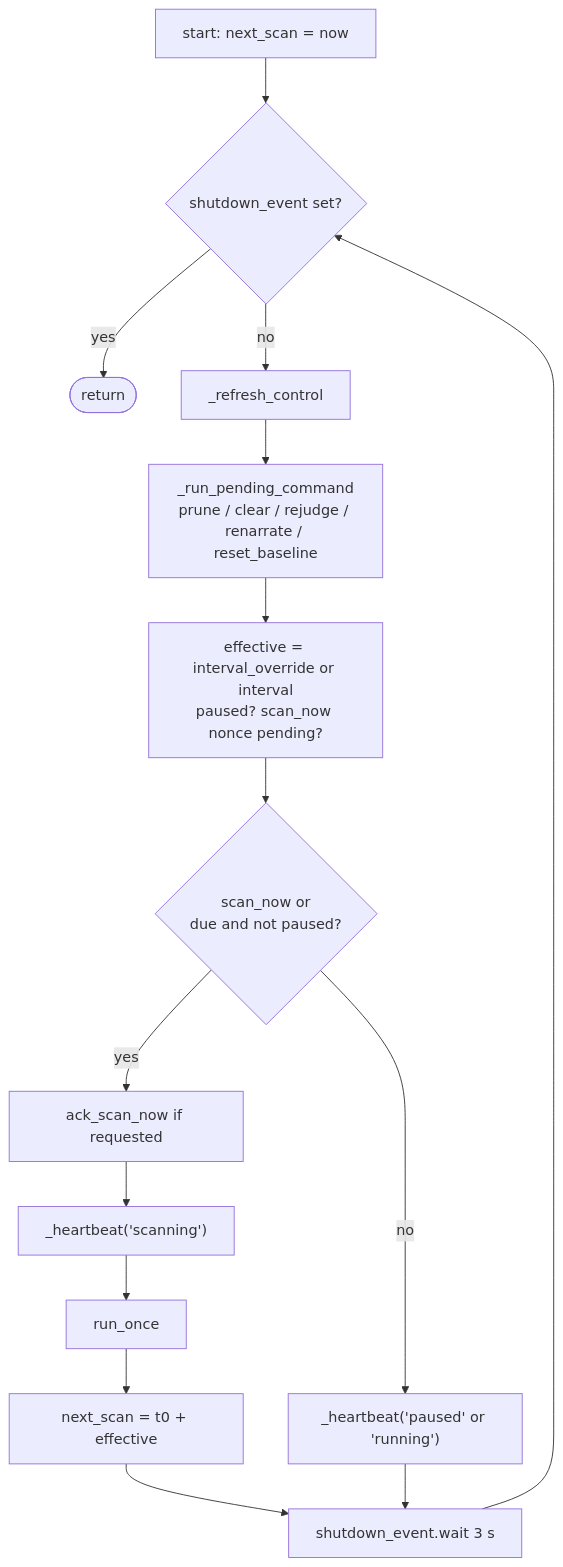
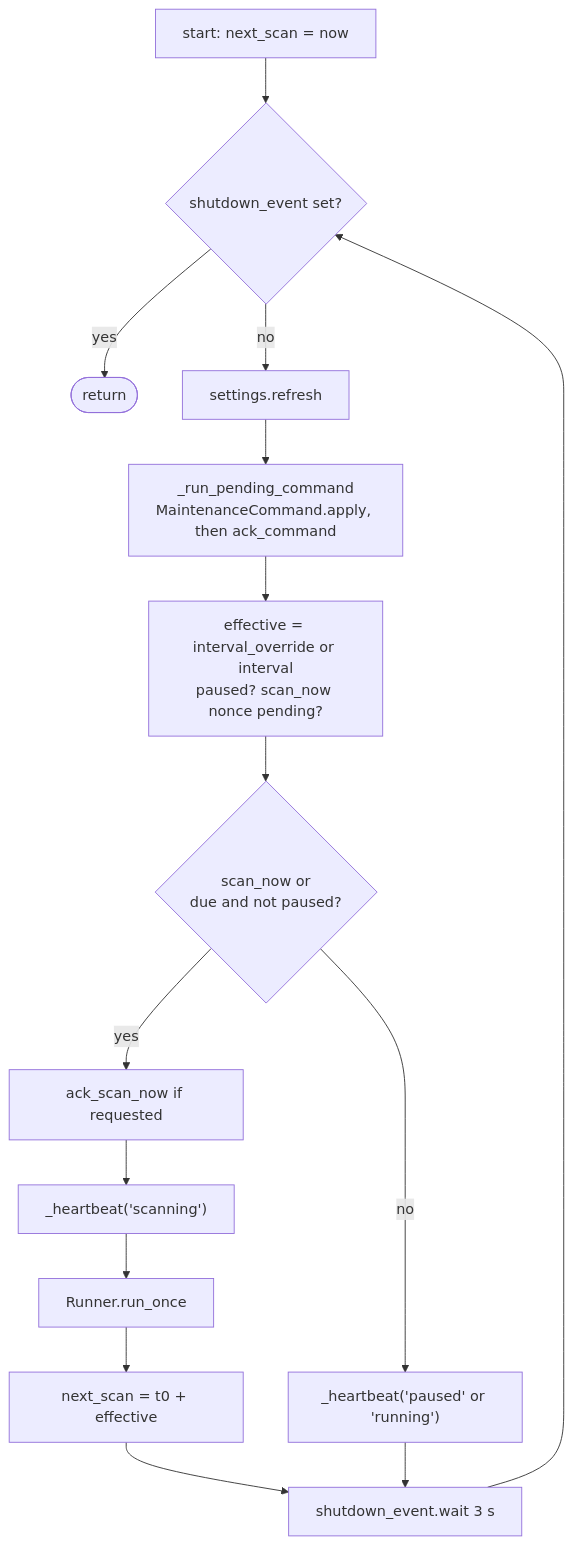
The sixth of 23 diagrams in docs/ARCHITECTURE.md (iklobato/avai), drawn with Mermaid before and after one commit. The commit also changed other lines of this file and 1 other file, not shown here.

First line of the commit message:
docs: document the runner split and record phase 4

````diff
--- a/docs/ARCHITECTURE.md
+++ b/docs/ARCHITECTURE.md
@@ -351,14 +368,14 @@
 ```mermaid
 flowchart TD
     A[start: next_scan = now] --> B{shutdown_event set?}
     B -->|yes| Z([return])
-    B -->|no| C[_refresh_control]
-    C --> D[_run_pending_command<br/>prune / clear / rejudge / renarrate / reset_baseline]
+    B -->|no| C[settings.refresh]
+    C --> D[_run_pending_command<br/>MaintenanceCommand.apply, then ack_command]
     D --> E["effective = interval_override or interval<br/>paused? scan_now nonce pending?"]
     E --> F{scan_now or<br/>due and not paused?}
-    F -->|yes| G[ack_scan_now if requested] --> H["_heartbeat('scanning')"] --> I[run_once] --> J[next_scan = t0 + effective]
+    F -->|yes| G[ack_scan_now if requested] --> H["_heartbeat('scanning')"] --> I[Runner.run_once] --> J[next_scan = t0 + effective]
     F -->|no| K["_heartbeat('paused' or 'running')"]
     J --> L[shutdown_event.wait 3 s]
     K --> L
     L --> B
 ```
````
